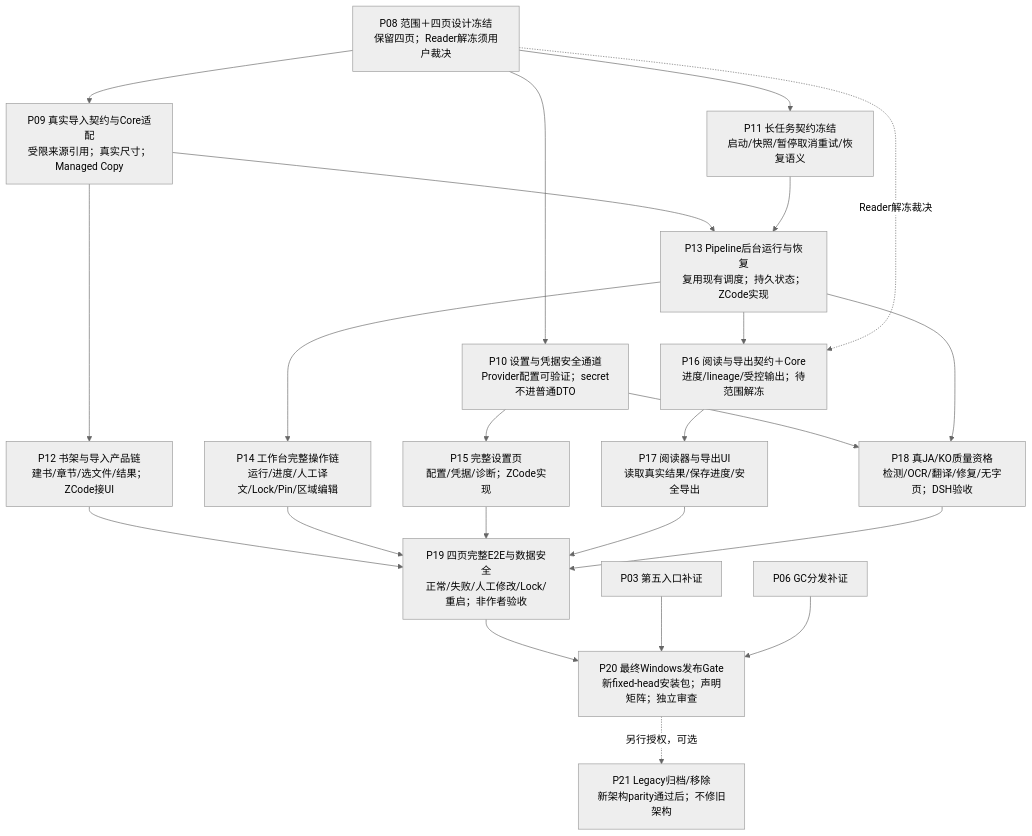
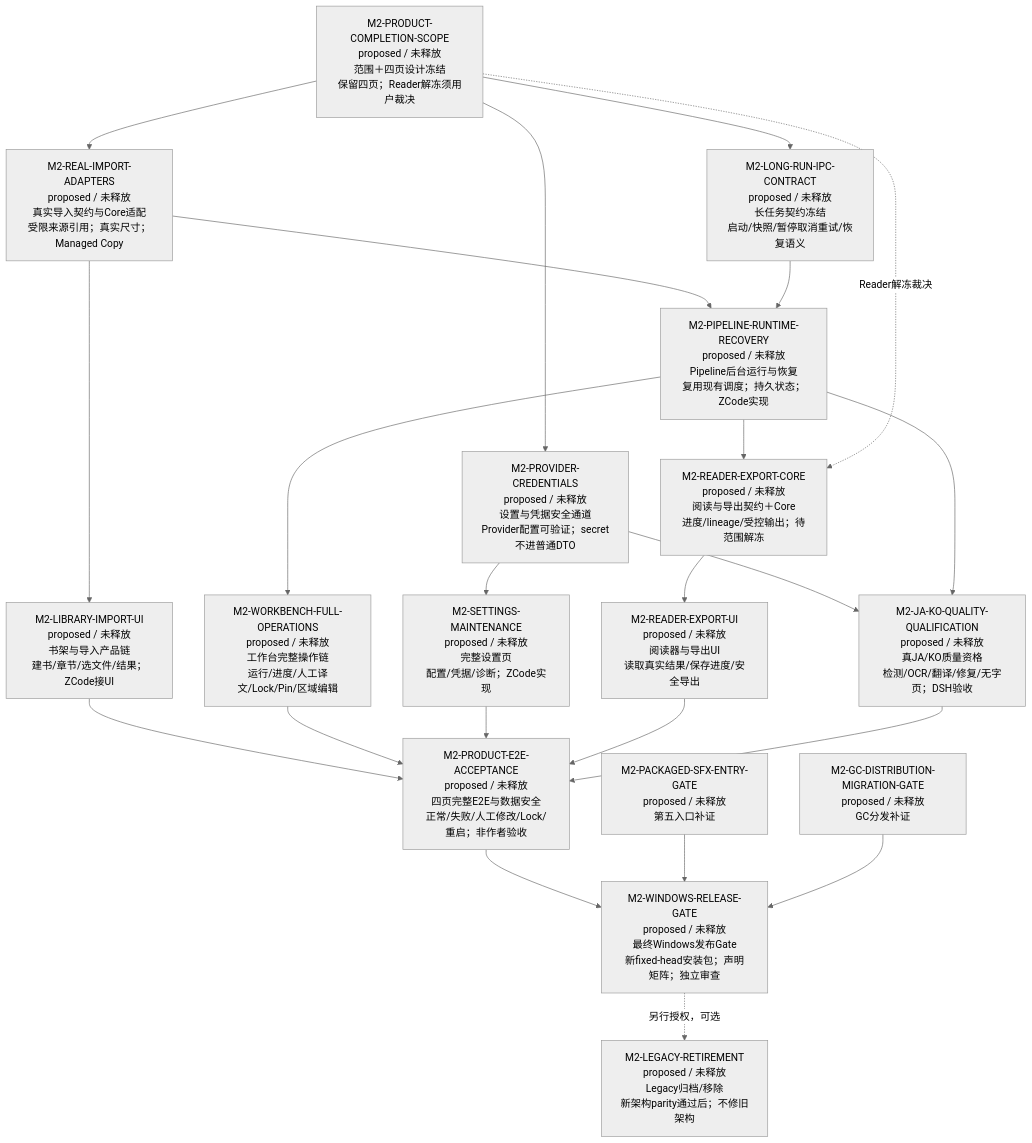
One commit to peakwheat-pixel/New-Manga changed the third of 4 diagrams in verification/PROJECT-ROADMAP-20261008/ROADMAP.md. Above: the diagram before and after it, drawn with Mermaid (neutral theme). The commit also changed other lines of this file and 8 other files, not shown here.

Commit message:
docs: unify proposed roadmap tasks under M2 identifiers

````diff
--- a/verification/PROJECT-ROADMAP-20261008/ROADMAP.md
+++ b/verification/PROJECT-ROADMAP-20261008/ROADMAP.md
@@ -42,25 +42,25 @@
 ```mermaid
 flowchart TB
-  P08["P08 范围＋四页设计冻结<br/>保留四页；Reader解冻须用户裁决"] --> P09["P09 真实导入契约与Core适配<br/>受限来源引用；真实尺寸；Managed Copy"]
-  P08 --> P10["P10 设置与凭据安全通道<br/>Provider配置可验证；secret不进普通DTO"]
-  P08 --> P11["P11 长任务契约冻结<br/>启动/快照/暂停取消重试/恢复语义"]
-  P09 --> P12["P12 书架与导入产品链<br/>建书/章节/选文件/结果；ZCode接UI"]
-  P09 --> P13["P13 Pipeline后台运行与恢复<br/>复用现有调度；持久状态；ZCode实现"]
-  P11 --> P13
-  P13 --> P14["P14 工作台完整操作链<br/>运行/进度/人工译文/Lock/Pin/区域编辑"]
-  P10 --> P15["P15 完整设置页<br/>配置/凭据/诊断；ZCode实现"]
-  P13 --> P16["P16 阅读与导出契约＋Core<br/>进度/lineage/受控输出；待范围解冻"]
-  P08 -. "Reader解冻裁决" .-> P16
-  P16 --> P17["P17 阅读器与导出UI<br/>读取真实结果/保存进度/安全导出"]
-  P10 --> P18["P18 真JA/KO质量资格<br/>检测/OCR/翻译/修复/无字页；DSH验收"]
-  P13 --> P18
-  P12 --> P19["P19 四页完整E2E与数据安全<br/>正常/失败/人工修改/Lock/重启；非作者验收"]
-  P14 --> P19
-  P15 --> P19
-  P17 --> P19
-  P18 --> P19
-  P19 --> P20["P20 最终Windows发布Gate<br/>新fixed-head安装包；声明矩阵；独立审查"]
-  P03["P03 第五入口补证"] --> P20
-  P06["P06 GC分发补证"] --> P20
-  P20 -. "另行授权，可选" .-> P21["P21 Legacy归档/移除<br/>新架构parity通过后；不修旧架构"]
+  M2-PRODUCT-COMPLETION-SCOPE["M2-PRODUCT-COMPLETION-SCOPE<br/>proposed / 未释放<br/>范围＋四页设计冻结<br/>保留四页；Reader解冻须用户裁决"] --> M2-REAL-IMPORT-ADAPTERS["M2-REAL-IMPORT-ADAPTERS<br/>proposed / 未释放<br/>真实导入契约与Core适配<br/>受限来源引用；真实尺寸；Managed Copy"]
+  M2-PRODUCT-COMPLETION-SCOPE --> M2-PROVIDER-CREDENTIALS["M2-PROVIDER-CREDENTIALS<br/>proposed / 未释放<br/>设置与凭据安全通道<br/>Provider配置可验证；secret不进普通DTO"]
+  M2-PRODUCT-COMPLETION-SCOPE --> M2-LONG-RUN-IPC-CONTRACT["M2-LONG-RUN-IPC-CONTRACT<br/>proposed / 未释放<br/>长任务契约冻结<br/>启动/快照/暂停取消重试/恢复语义"]
+  M2-REAL-IMPORT-ADAPTERS --> M2-LIBRARY-IMPORT-UI["M2-LIBRARY-IMPORT-UI<br/>proposed / 未释放<br/>书架与导入产品链<br/>建书/章节/选文件/结果；ZCode接UI"]
+  M2-REAL-IMPORT-ADAPTERS --> M2-PIPELINE-RUNTIME-RECOVERY["M2-PIPELINE-RUNTIME-RECOVERY<br/>proposed / 未释放<br/>Pipeline后台运行与恢复<br/>复用现有调度；持久状态；ZCode实现"]
+  M2-LONG-RUN-IPC-CONTRACT --> M2-PIPELINE-RUNTIME-RECOVERY
+  M2-PIPELINE-RUNTIME-RECOVERY --> M2-WORKBENCH-FULL-OPERATIONS["M2-WORKBENCH-FULL-OPERATIONS<br/>proposed / 未释放<br/>工作台完整操作链<br/>运行/进度/人工译文/Lock/Pin/区域编辑"]
+  M2-PROVIDER-CREDENTIALS --> M2-SETTINGS-MAINTENANCE["M2-SETTINGS-MAINTENANCE<br/>proposed / 未释放<br/>完整设置页<br/>配置/凭据/诊断；ZCode实现"]
+  M2-PIPELINE-RUNTIME-RECOVERY --> M2-READER-EXPORT-CORE["M2-READER-EXPORT-CORE<br/>proposed / 未释放<br/>阅读与导出契约＋Core<br/>进度/lineage/受控输出；待范围解冻"]
+  M2-PRODUCT-COMPLETION-SCOPE -. "Reader解冻裁决" .-> M2-READER-EXPORT-CORE
+  M2-READER-EXPORT-CORE --> M2-READER-EXPORT-UI["M2-READER-EXPORT-UI<br/>proposed / 未释放<br/>阅读器与导出UI<br/>读取真实结果/保存进度/安全导出"]
+  M2-PROVIDER-CREDENTIALS --> M2-JA-KO-QUALITY-QUALIFICATION["M2-JA-KO-QUALITY-QUALIFICATION<br/>proposed / 未释放<br/>真JA/KO质量资格<br/>检测/OCR/翻译/修复/无字页；DSH验收"]
+  M2-PIPELINE-RUNTIME-RECOVERY --> M2-JA-KO-QUALITY-QUALIFICATION
+  M2-LIBRARY-IMPORT-UI --> M2-PRODUCT-E2E-ACCEPTANCE["M2-PRODUCT-E2E-ACCEPTANCE<br/>proposed / 未释放<br/>四页完整E2E与数据安全<br/>正常/失败/人工修改/Lock/重启；非作者验收"]
+  M2-WORKBENCH-FULL-OPERATIONS --> M2-PRODUCT-E2E-ACCEPTANCE
+  M2-SETTINGS-MAINTENANCE --> M2-PRODUCT-E2E-ACCEPTANCE
+  M2-READER-EXPORT-UI --> M2-PRODUCT-E2E-ACCEPTANCE
+  M2-JA-KO-QUALITY-QUALIFICATION --> M2-PRODUCT-E2E-ACCEPTANCE
+  M2-PRODUCT-E2E-ACCEPTANCE --> M2-WINDOWS-RELEASE-GATE["M2-WINDOWS-RELEASE-GATE<br/>proposed / 未释放<br/>最终Windows发布Gate<br/>新fixed-head安装包；声明矩阵；独立审查"]
+  M2-PACKAGED-SFX-ENTRY-GATE["M2-PACKAGED-SFX-ENTRY-GATE<br/>proposed / 未释放<br/>第五入口补证"] --> M2-WINDOWS-RELEASE-GATE
+  M2-GC-DISTRIBUTION-MIGRATION-GATE["M2-GC-DISTRIBUTION-MIGRATION-GATE<br/>proposed / 未释放<br/>GC分发补证"] --> M2-WINDOWS-RELEASE-GATE
+  M2-WINDOWS-RELEASE-GATE -. "另行授权，可选" .-> M2-LEGACY-RETIREMENT["M2-LEGACY-RETIREMENT<br/>proposed / 未释放<br/>Legacy归档/移除<br/>新架构parity通过后；不修旧架构"]
 ```
````
